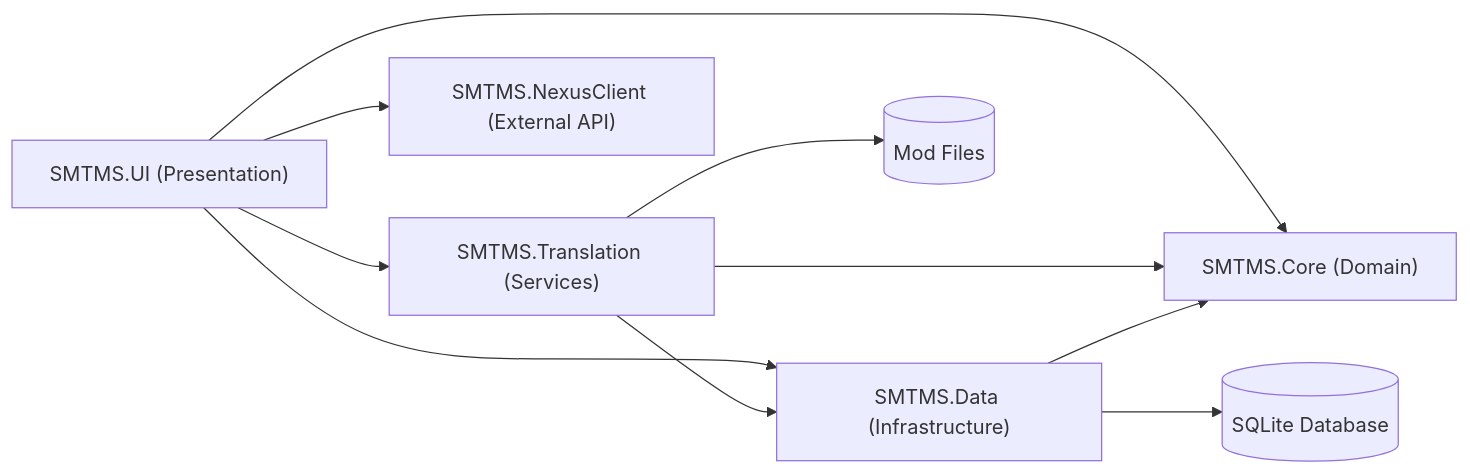
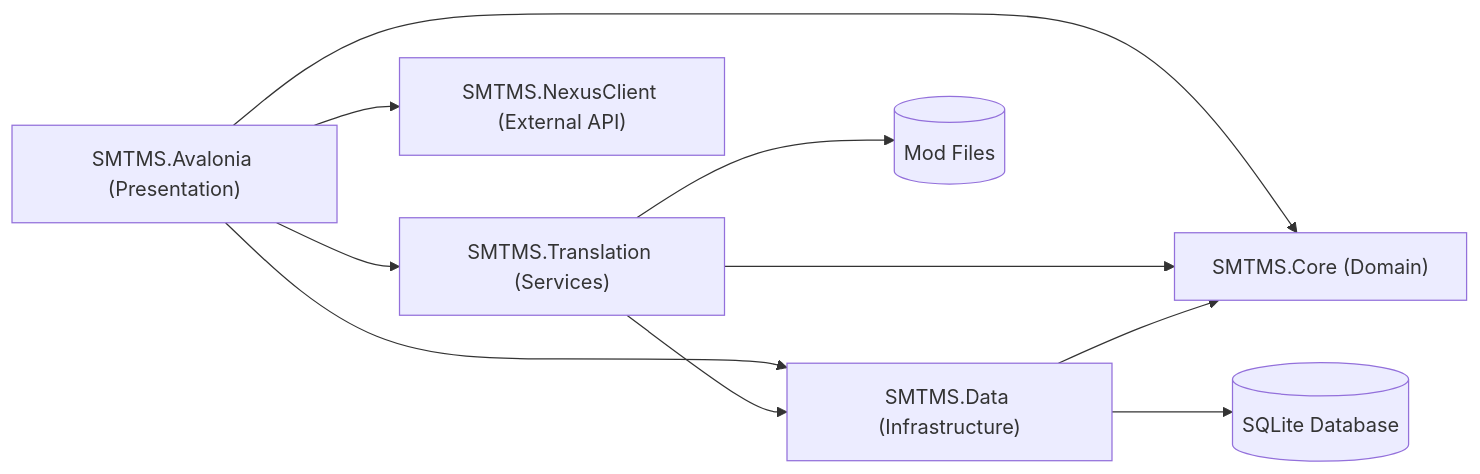
Before and after one commit to Sisyphean-a/SMTMS: the first of 3 diagrams in docs/ARCHITECTURE.md, drawn with Mermaid. The commit also changed other lines of this file and 28 other files, not shown here.

````diff
--- a/docs/ARCHITECTURE.md
+++ b/docs/ARCHITECTURE.md
@@ -11,14 +11,14 @@
 ```mermaid
 flowchart LR
-    UI["SMTMS.UI (Presentation)"] --> Core["SMTMS.Core (Domain)"]
+    UI["SMTMS.Avalonia (Presentation)"] --> Core["SMTMS.Core (Domain)"]
     UI --> Data["SMTMS.Data (Infrastructure)"]
     UI --> Trans["SMTMS.Translation (Services)"]
     UI --> Nexus["SMTMS.NexusClient (External API)"]
 
     Trans --> Core
     Trans --> Data
     Data --> Core
     
     Data --> SqLite[(SQLite Database)]
     Trans --> Mods[(Mod Files)]
 ```
````
